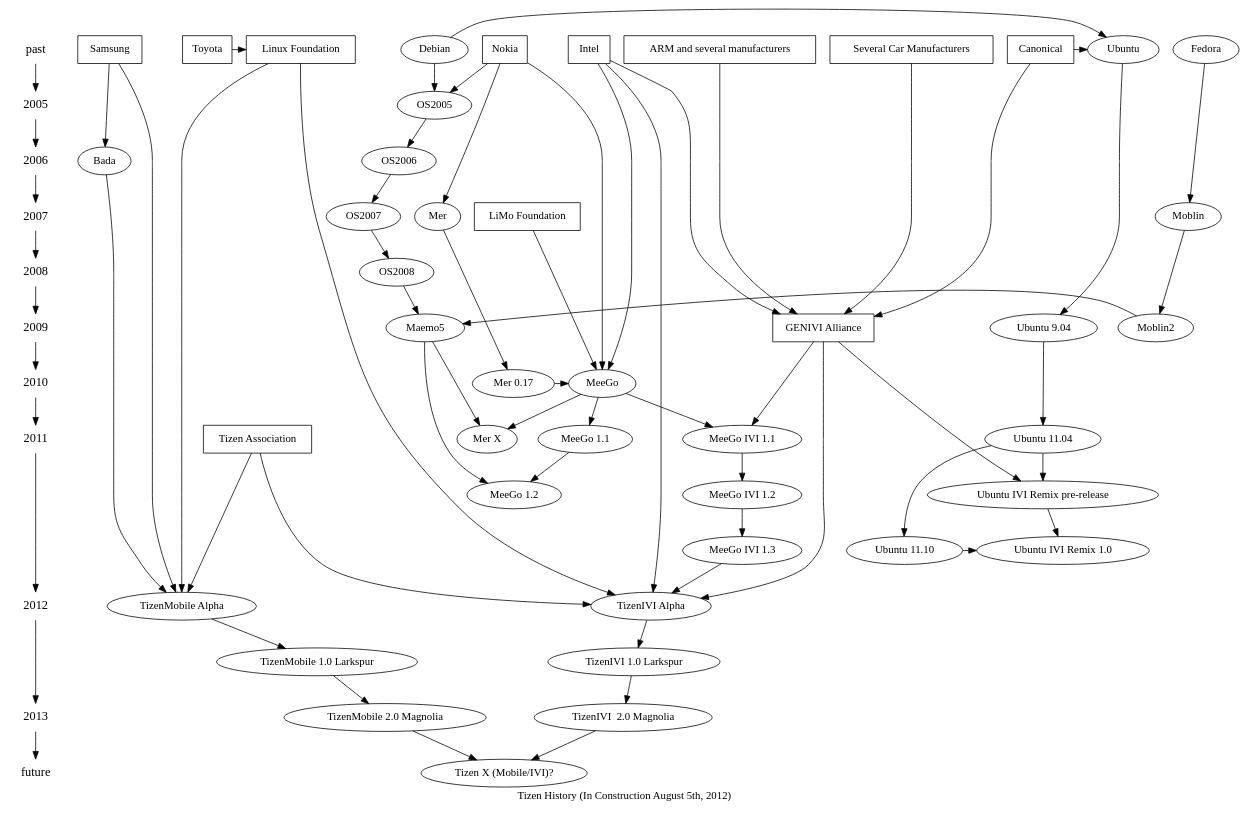
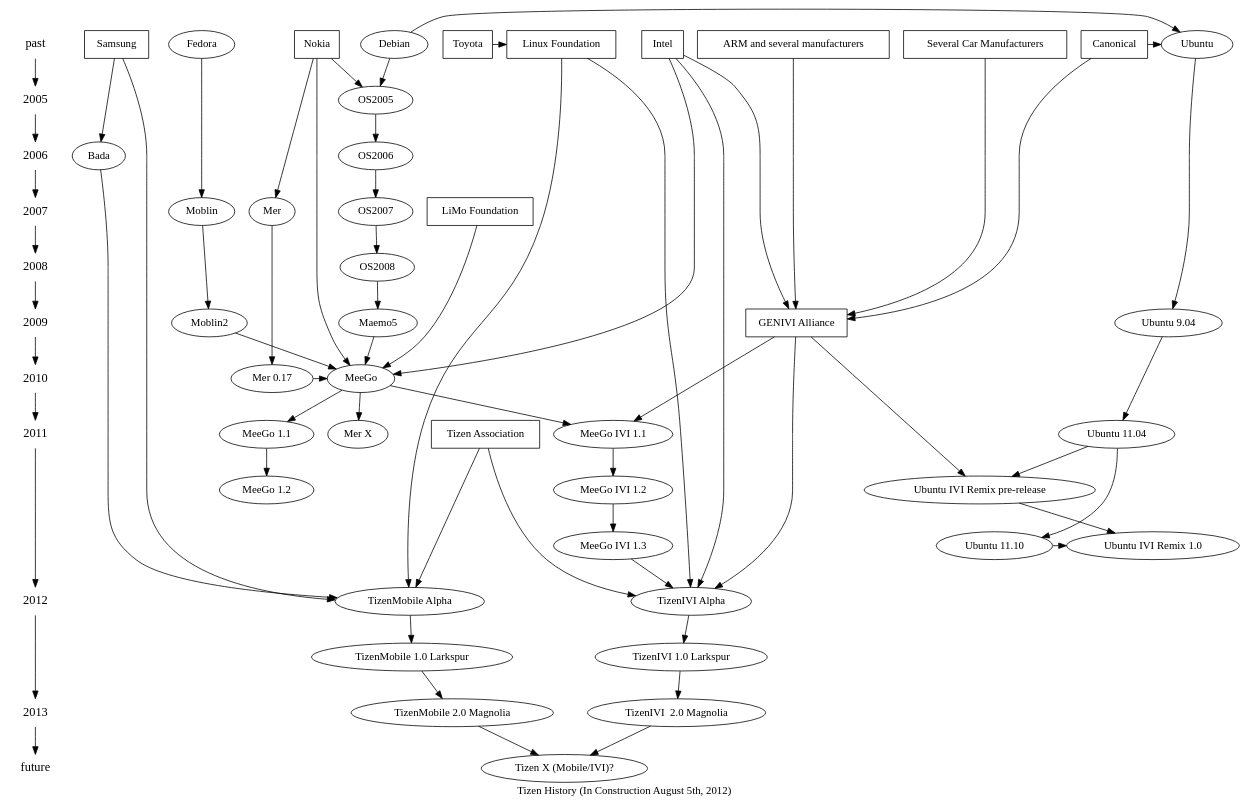
Before and after one commit to kumadasu/tizen-history: the diagram in tizen-history.dot, drawn with Graphviz.

Commit message:
Moblin and Maemo were merged into MeeGo.

```diff
--- a/tizen-history.dot
+++ b/tizen-history.dot
@@ -1,85 +1,84 @@
 digraph tizenhistory {
 graph [label="Tizen History (In Construction August 5th, 2012)"]
 /*timeline*/
 {
 	node [shape=plaintext, fontsize=16];
 	"past" -> /*1990 ->
 	1991 -> 1992 -> 1993 -> 1994 -> 1995 ->
 	1996 -> 1997 -> 1998 -> 1999 -> 2000 ->
 	2001 -> 2002 -> 2003 -> 2004 ->*/ 2005 ->
 	2006 -> 2007 -> 2008 -> 2009 -> 2010 ->
 	2011 -> 2012 -> 2013 -> "future";
 }
 
 /* Organizations */
 {
 	node [shape=box];
 	{ rank = same; "past"; "Nokia"}
 	{ rank = same; "past"; "Intel"}
 	{ rank = same; "past"; "Samsung"}
 	{ rank = same; "past"; "ARM and several manufacturers"}
 	{ rank = same; "past"; "Several Car Manufacturers"}
 	{ rank = same; "past"; "Canonical"}
 	{ rank = same; "past"; "Linux Foundation"}
 	{ rank = same; "past"; "Toyota"}
 	{ rank = same; "2007"; "LiMo Foundation"}
 	{ rank = same; "2009"; "GENIVI Alliance"}
 	{ rank = same; "2011"; "Tizen Association"} //?
 "Toyota" -> "Linux Foundation";
 "Intel" -> "GENIVI Alliance";
 "Several Car Manufacturers" -> "GENIVI Alliance";
 "ARM and several manufacturers" -> "GENIVI Alliance";
 "Canonical" -> "GENIVI Alliance";
 }
 
 /* Technologies */
 {
 	node [shape=plaintext];
 //	"HTML5";
 }
 
 /* OS */
 { rank = same; "past"; "Ubuntu"; "Fedora"; "Debian"}
 { rank = same; 2005; "OS2005"}
 { rank = same; 2006; "OS2006"}
 { rank = same; 2007; "OS2007"; "Moblin"}
 { rank = same; 2008; "OS2008"}
 { rank = same; 2009; "Maemo5"; "Moblin2"; "Ubuntu 9.04"}
 { rank = same; 2010; "MeeGo"; "Mer 0.17"}
 { rank = same; 2011; "Ubuntu 11.04"}
 { rank = same; "Ubuntu 11.10"; "Ubuntu IVI Remix 1.0"}
 { rank = same; 2012; "TizenMobile Alpha"; "TizenIVI Alpha"};
 { rank = same; "TizenMobile 1.0 Larkspur"; "TizenIVI 1.0 Larkspur"}
 { rank = same; 2013; "TizenMobile 2.0 Magnolia"; "TizenIVI  2.0 Magnolia" }
 	"Debian" -> "Ubuntu";
-	"Debian" -> "OS2005" -> "OS2006" -> "OS2007" -> "OS2008" -> "Maemo5" -> "MeeGo 1.2";
-	"Fedora" -> "Moblin" -> "Moblin2" -> "Maemo5";
+	"Debian" -> "OS2005" -> "OS2006" -> "OS2007" -> "OS2008" -> "Maemo5" -> "MeeGo";
+	"Fedora" -> "Moblin" -> "Moblin2" -> "MeeGo";
 	"Mer" -> "Mer 0.17" -> "MeeGo" -> "Mer X";
-	"Maemo5" -> "Mer X";
 	"Bada" -> "TizenMobile Alpha";
 	"MeeGo" -> "MeeGo 1.1" -> "MeeGo 1.2";
 	"MeeGo" -> "MeeGo IVI 1.1" -> "MeeGo IVI 1.2" -> "MeeGo IVI 1.3" -> "TizenIVI Alpha";
 	//Mer -> "TizenIVI Alpha";
 	"TizenMobile Alpha" -> "TizenMobile 1.0 Larkspur" -> "TizenMobile 2.0 Magnolia" -> "Tizen X (Mobile/IVI)?";
 	"TizenIVI Alpha" -> "TizenIVI 1.0 Larkspur" -> "TizenIVI  2.0 Magnolia" -> "Tizen X (Mobile/IVI)?";
 	"Ubuntu" -> "Ubuntu 9.04" -> "Ubuntu 11.04" -> "Ubuntu 11.10" -> "Ubuntu IVI Remix 1.0";
 	"Ubuntu 11.04" -> "Ubuntu IVI Remix pre-release" -> "Ubuntu IVI Remix 1.0";
 
 "Canonical" -> "Ubuntu";
 "Nokia" -> "OS2005";
 "Intel" -> "MeeGo";
 "Nokia" -> "Mer";
 "Nokia" -> "MeeGo";
 //"Toyota" -> "MeeGo IVI 1.2";
 "Samsung" -> "Bada";
 "Intel" -> "TizenIVI Alpha";
 "Samsung" -> "TizenMobile Alpha";
 "GENIVI Alliance" -> "MeeGo IVI 1.1";
 "GENIVI Alliance" -> "TizenIVI Alpha";
 "GENIVI Alliance" -> "Ubuntu IVI Remix pre-release";
 "LiMo Foundation" -> "MeeGo";
 "Tizen Association" -> "TizenIVI Alpha";
 "Tizen Association" -> "TizenMobile Alpha";
 "Linux Foundation" -> "TizenIVI Alpha";
 "Linux Foundation" -> "TizenMobile Alpha";
 }
```
